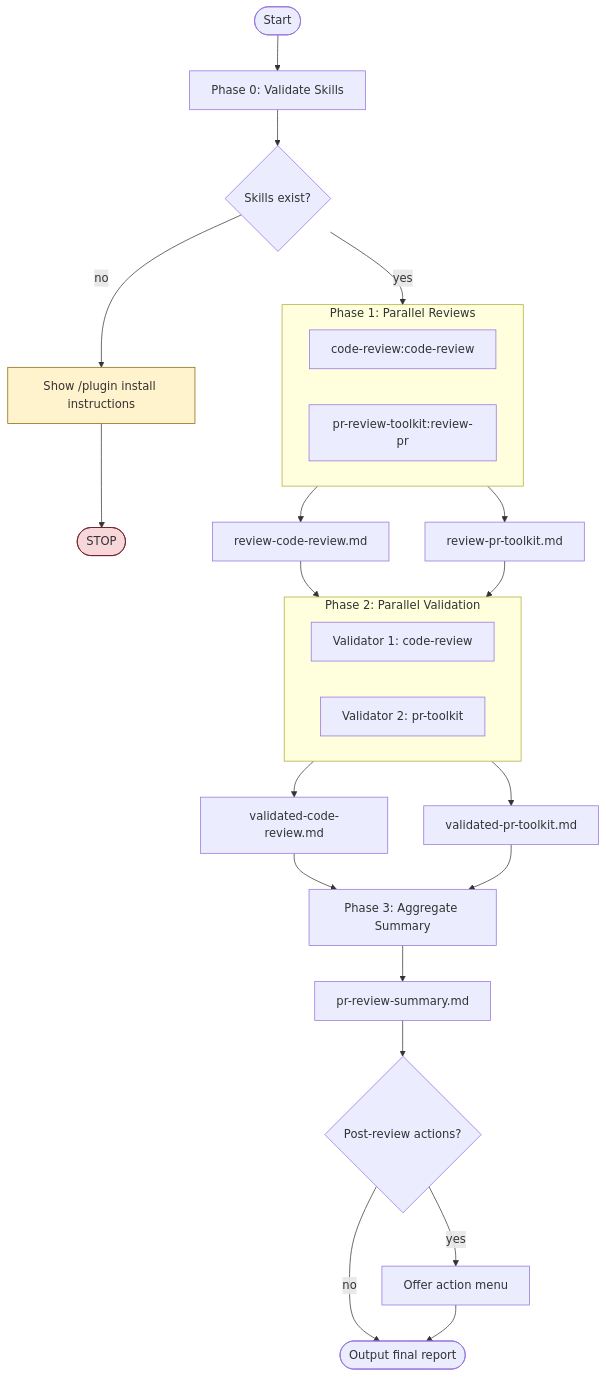
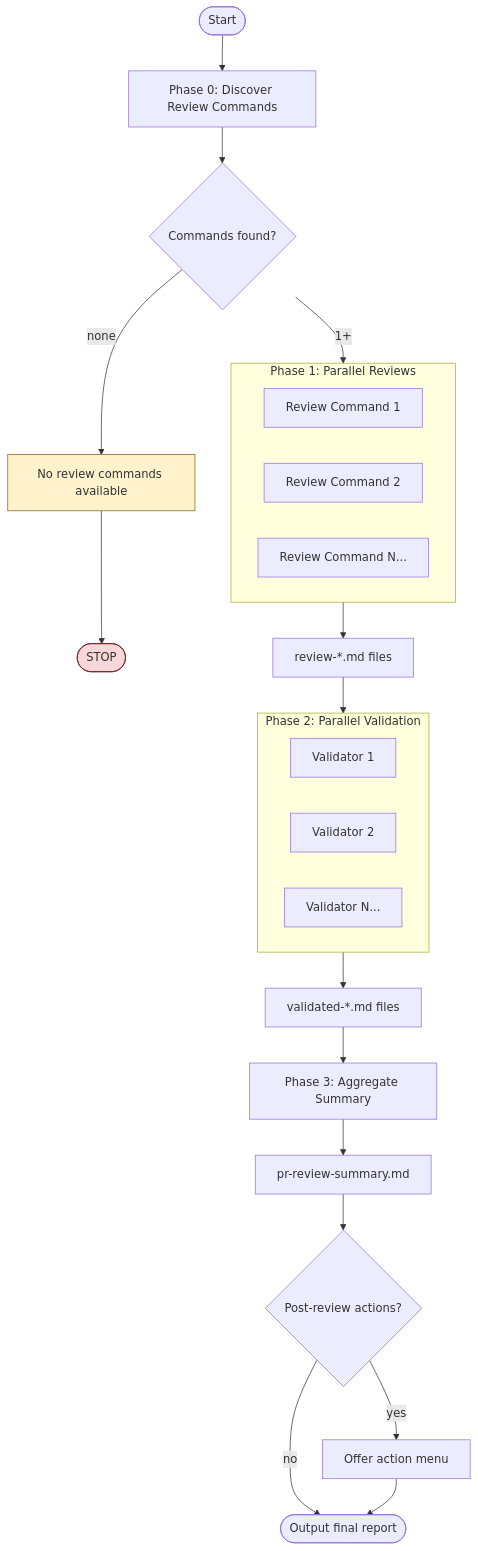
One commit to gchiam/claude-code-plugins changed the diagram in parallel-pr-review/skills/parallel-pr-review/SKILL.md. Above: the diagram before and after it, drawn with Mermaid. The commit also changed other lines of this file and 3 other files, not shown here.

First line of the commit message:
Make parallel-pr-review discover review commands dynamically

````diff
--- a/parallel-pr-review/skills/parallel-pr-review/SKILL.md
+++ b/parallel-pr-review/skills/parallel-pr-review/SKILL.md
@@ -78,47 +63,45 @@
 ```mermaid
 flowchart TB
     Start([Start])
-    Phase0[Phase 0: Validate Skills]
-    SkillsExist{Skills exist?}
-    ShowInstall[Show /plugin install instructions]:::warning
+    Phase0[Phase 0: Discover Review Commands]
+    CommandsFound{Commands found?}
+    ShowInstall[No review commands available]:::warning
     Stop([STOP]):::error
     Output([Output final report])
 
     Start --> Phase0
-    Phase0 --> SkillsExist
-    SkillsExist -->|no| ShowInstall
+    Phase0 --> CommandsFound
+    CommandsFound -->|none| ShowInstall
     ShowInstall --> Stop
-    SkillsExist -->|yes| Phase1
+    CommandsFound -->|1+| Phase1
 
     subgraph Phase1[Phase 1: Parallel Reviews]
         direction LR
-        R1[code-review:code-review]
-        R2[pr-review-toolkit:review-pr]
+        R1[Review Command 1]
+        R2[Review Command 2]
+        RN[Review Command N...]
     end
 
-    Phase1 --> Save1[review-code-review.md]
-    Phase1 --> Save2[review-pr-toolkit.md]
-    Save1 --> Phase2
-    Save2 --> Phase2
+    Phase1 --> SaveN[review-*.md files]
+    SaveN --> Phase2
 
     subgraph Phase2[Phase 2: Parallel Validation]
         direction LR
-        V1[Validator 1: code-review]
-        V2[Validator 2: pr-toolkit]
+        V1[Validator 1]
+        V2[Validator 2]
+        VN[Validator N...]
     end
 
-    Phase2 --> VSave1[validated-code-review.md]
-    Phase2 --> VSave2[validated-pr-toolkit.md]
-    VSave1 --> Phase3
-    VSave2 --> Phase3
+    Phase2 --> VSaveN[validated-*.md files]
+    VSaveN --> Phase3
 
     Phase3[Phase 3: Aggregate Summary]
     Phase3 --> Summary[pr-review-summary.md]
     Summary --> PostActions{Post-review actions?}
     PostActions -->|yes| Actions[Offer action menu]
     PostActions -->|no| Output
     Actions --> Output
 
     classDef warning fill:#fff3cd,stroke:#856404
     classDef error fill:#f8d7da,stroke:#721c24
 ```
````
